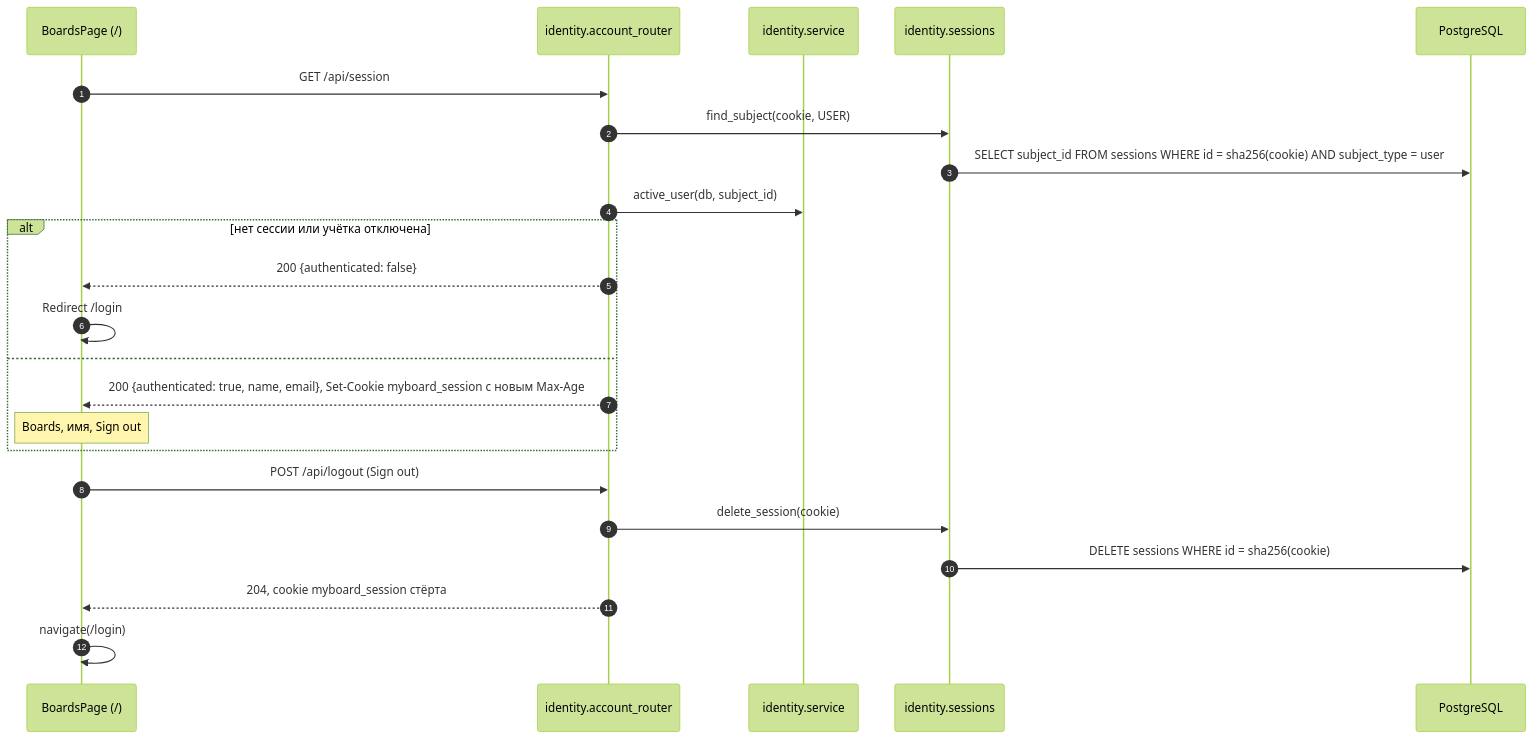
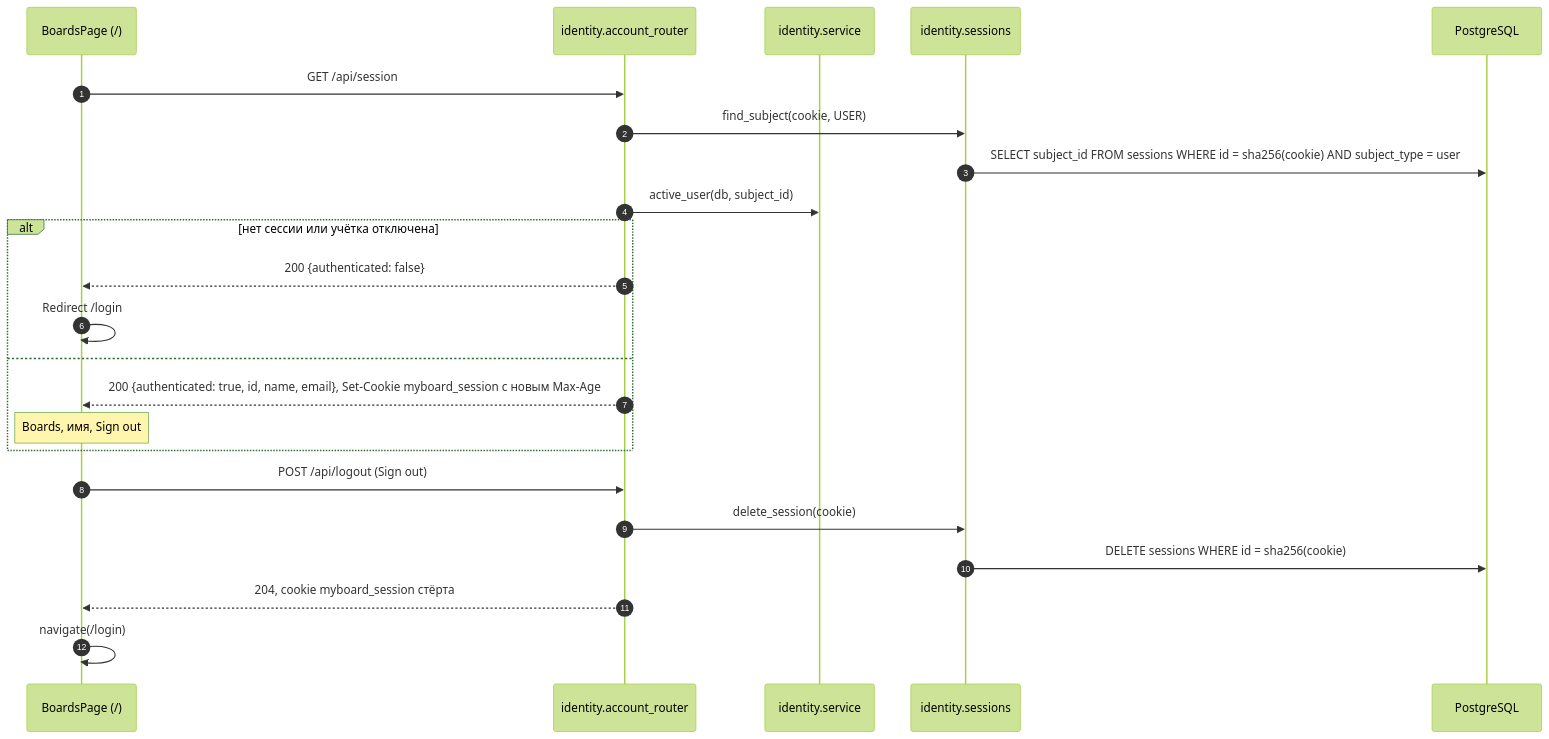
The fourth of 4 diagrams in uml/sequences/login.md (shumakove/myboard), drawn with Mermaid (forest theme) before and after one commit. The commit also changed other lines of this file and 9 other files, not shown here.

Commit message:
T7.2: Обновить схемы UML по принятой реализации файлов и BUG-026

````diff
--- a/uml/sequences/login.md
+++ b/uml/sequences/login.md
@@ -131,26 +131,26 @@
 ```mermaid
 sequenceDiagram
   autonumber
   participant B as BoardsPage (/)
   participant R as identity.account_router
   participant S as identity.service
   participant SS as identity.sessions
   participant DB as PostgreSQL
 
   B->>R: GET /api/session
   R->>SS: find_subject(cookie, USER)
   SS->>DB: SELECT subject_id FROM sessions WHERE id = sha256(cookie) AND subject_type = user
   R->>S: active_user(db, subject_id)
   alt нет сессии или учётка отключена
     R-->>B: 200 {authenticated: false}
     B->>B: Redirect /login
   else
-    R-->>B: 200 {authenticated: true, name, email}, Set-Cookie myboard_session с новым Max-Age
+    R-->>B: 200 {authenticated: true, id, name, email}, Set-Cookie myboard_session с новым Max-Age
     Note over B: Boards, имя, Sign out
   end
   B->>R: POST /api/logout (Sign out)
   R->>SS: delete_session(cookie)
   SS->>DB: DELETE sessions WHERE id = sha256(cookie)
   R-->>B: 204, cookie myboard_session стёрта
   B->>B: navigate(/login)
 ```
````
